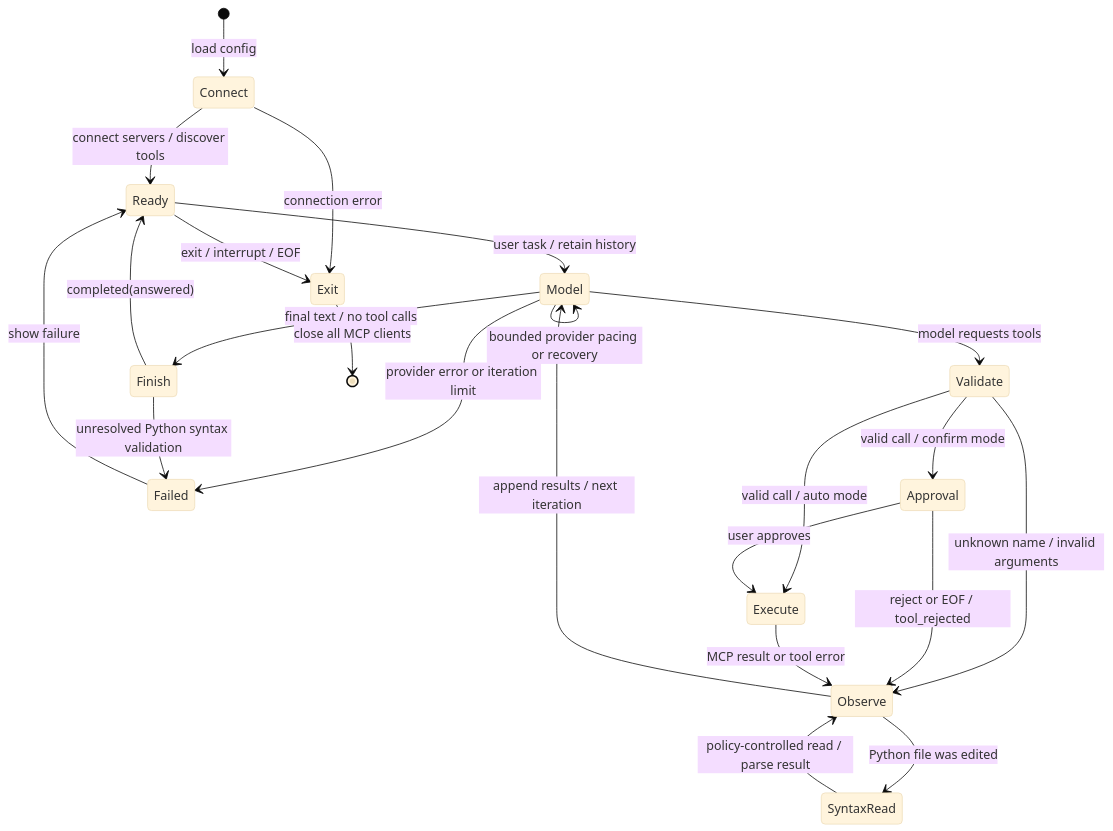
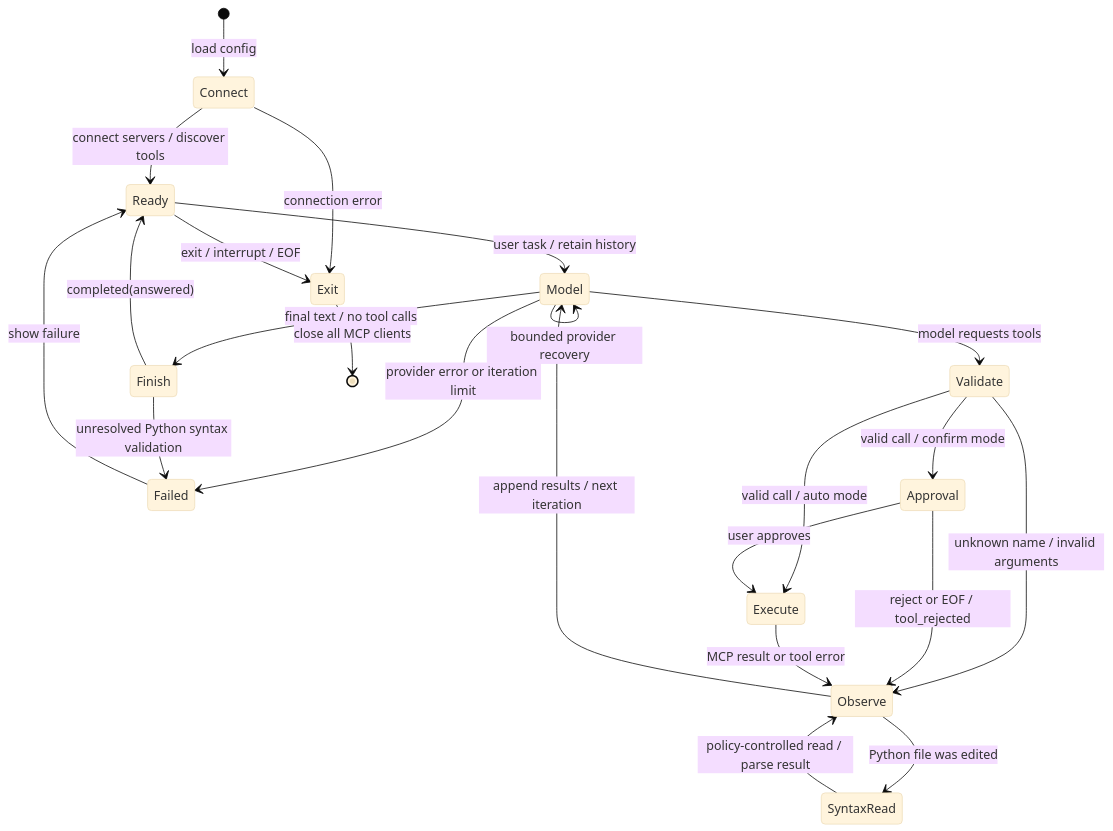
Before and after one commit to ratuku/gen-ai-group-project-2: the first of 4 diagrams in docs/diagrams.md, drawn with Mermaid (base theme). The commit also changed other lines of this file and 138 other files, not shown here.

````diff
--- a/docs/diagrams.md
+++ b/docs/diagrams.md
@@ -11,25 +11,25 @@
 ```mermaid
 stateDiagram-v2
     [*] --> Connect: load config
     Connect --> Ready: connect servers / discover tools
     Connect --> Exit: connection error
     Ready --> Model: user task / retain history
-    Model --> Model: bounded provider pacing or recovery
+    Model --> Model: bounded provider recovery
     Model --> Validate: model requests tools
     Model --> Finish: final text / no tool calls
     Model --> Failed: provider error or iteration limit
     Validate --> Observe: unknown name / invalid arguments
     Validate --> Approval: valid call / confirm mode
     Validate --> Execute: valid call / auto mode
     Approval --> Execute: user approves
     Approval --> Observe: reject or EOF / tool_rejected
     Execute --> Observe: MCP result or tool error
     Observe --> SyntaxRead: Python file was edited
     SyntaxRead --> Observe: policy-controlled read / parse result
     Observe --> Model: append results / next iteration
     Finish --> Failed: unresolved Python syntax validation
     Finish --> Ready: completed(answered)
     Failed --> Ready: show failure
     Ready --> Exit: exit / interrupt / EOF
     Exit --> [*]: close all MCP clients
 ```
````
